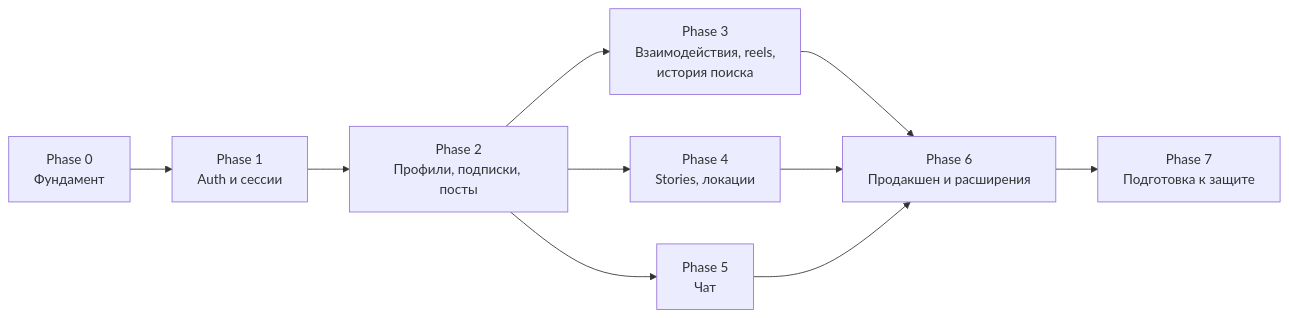
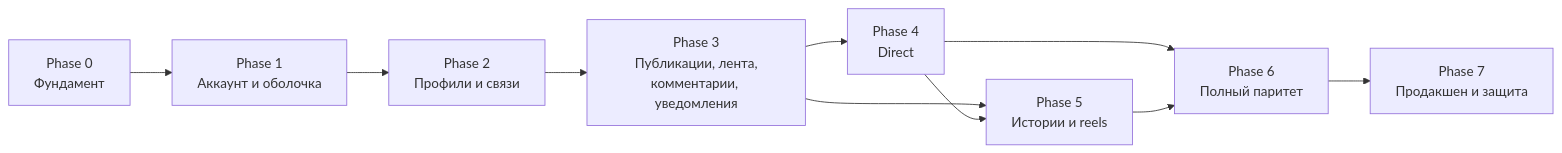
Before and after one commit to JM-2007-07/Instagram-Manishvar-Nekruz: the diagram in docs/ROADMAP.md, drawn with Mermaid. The commit also changed other lines of this file and 81 other files, not shown here.

````diff
--- a/docs/ROADMAP.md
+++ b/docs/ROADMAP.md
@@ -6,12 +7,12 @@
 ```mermaid
 flowchart LR
-    P0[Phase 0<br/>Фундамент] --> P1[Phase 1<br/>Auth и сессии]
-    P1 --> P2[Phase 2<br/>Профили, подписки, посты]
-    P2 --> P3[Phase 3<br/>Взаимодействия, reels,<br/>история поиска]
-    P2 --> P4[Phase 4<br/>Stories, локации]
-    P2 --> P5[Phase 5<br/>Чат]
-    P3 --> P6[Phase 6<br/>Продакшен и расширения]
-    P4 --> P6
+    P0[Phase 0<br/>Фундамент] --> P1[Phase 1<br/>Аккаунт и оболочка]
+    P1 --> P2[Phase 2<br/>Профили и связи]
+    P2 --> P3[Phase 3<br/>Публикации, лента,<br/>комментарии, уведомления]
+    P3 --> P4[Phase 4<br/>Direct]
+    P3 --> P5[Phase 5<br/>Истории и reels]
+    P4 --> P5
+    P4 --> P6[Phase 6<br/>Полный паритет]
     P5 --> P6
-    P6 --> P7[Phase 7<br/>Подготовка к защите]
+    P6 --> P7[Phase 7<br/>Продакшен и защита]
 ```
````
